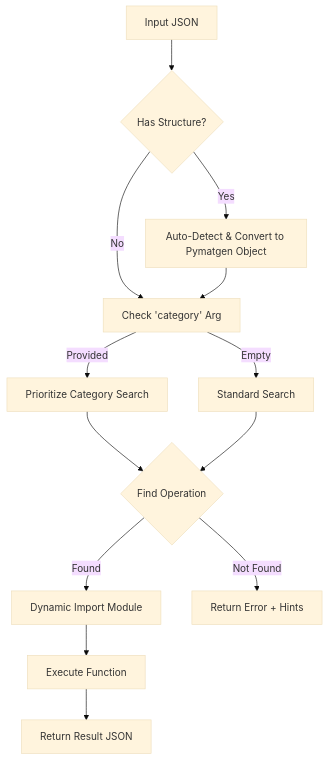
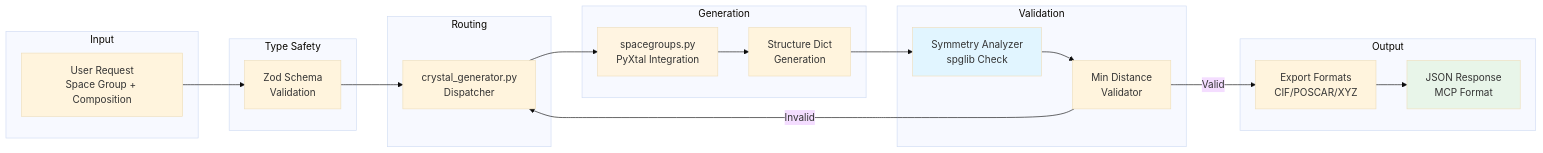
One commit to Indranil2020/crystal_mcp_server changed the third of 10 diagrams in docs/architecture.md. Above: the diagram before and after it, drawn with Mermaid (base theme). The commit also changed other lines of this file and 7 other files, not shown here.

````diff
--- a/docs/architecture.md
+++ b/docs/architecture.md
@@ -38,19 +171,43 @@
 ```mermaid
-flowchart TD
-    A[Input JSON] --> B{Has Structure?}
-    B -- Yes --> C[Auto-Detect & Convert to Pymatgen Object]
-    B -- No --> D[Check 'category' Arg]
-    
+graph LR
+    subgraph Input
+        A[User Request<br/>Space Group + Composition]
+    end
+
+    subgraph Type Safety
+        B[Zod Schema<br/>Validation]
+    end
+
+    subgraph Routing
+        C[crystal_generator.py<br/>Dispatcher]
+    end
+
+    subgraph Generation
+        D[spacegroups.py<br/>PyXtal Integration]
+        E[Structure Dict<br/>Generation]
+    end
+
+    subgraph Validation
+        F[Symmetry Analyzer<br/>spglib Check]
+        G[Min Distance<br/>Validator]
+    end
+
+    subgraph Output
+        H[Export Formats<br/>CIF/POSCAR/XYZ]
+        I[JSON Response<br/>MCP Format]
+    end
+
+    A --> B
+    B --> C
     C --> D
-    D -- Provided --> E[Prioritize Category Search]
-    D -- Empty --> F[Standard Search]
-    
-    E --> G{Find Operation}
+    D --> E
+    E --> F
     F --> G
-    
-    G -- Found --> H[Dynamic Import Module]
-    G -- Not Found --> I[Return Error + Hints]
-    
-    H --> J[Execute Function]
-    J --> K[Return Result JSON]
+    G -->|Valid| H
+    G -->|Invalid| C
+    H --> I
+
+    style D fill:#fff4e1
+    style F fill:#e1f5ff
+    style I fill:#e8f5e9
 ```
````
